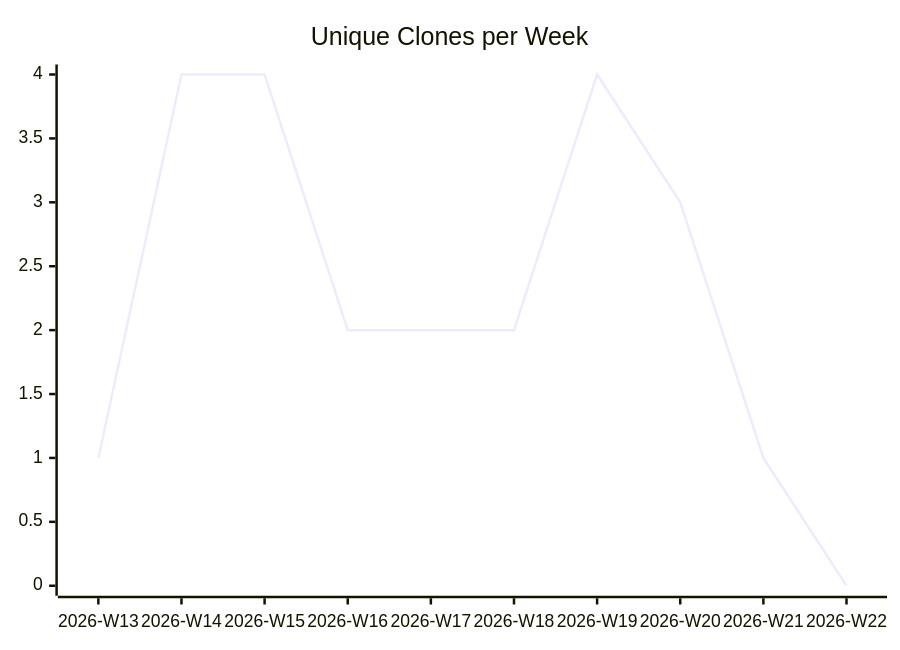
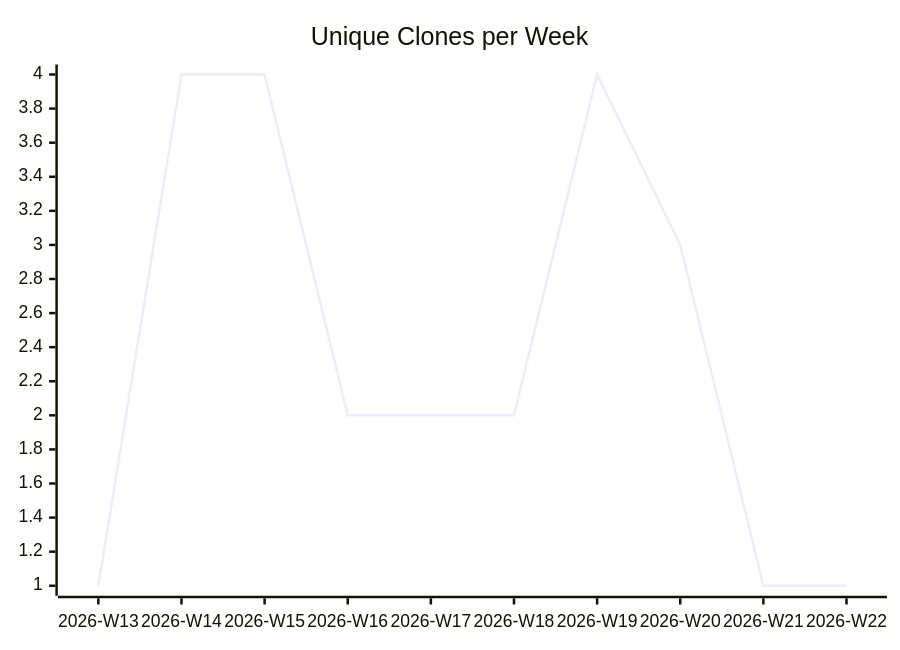
Before and after one commit to justdavis-family/github-analytics-data: the third of 3 diagrams in karlmdavis/justdavis-puppet/README.md, drawn with Mermaid. The commit also changed other lines of this file and 190 other files, not shown here.

````diff
--- a/karlmdavis/justdavis-puppet/README.md
+++ b/karlmdavis/justdavis-puppet/README.md
@@ -19,6 +19,6 @@
 ```mermaid
 xychart-beta
   title "Unique Clones per Week"
   x-axis ["2026-W13", "2026-W14", "2026-W15", "2026-W16", "2026-W17", "2026-W18", "2026-W19", "2026-W20", "2026-W21", "2026-W22"]
-  line [1, 4, 4, 2, 2, 2, 4, 3, 1, 0]
+  line [1, 4, 4, 2, 2, 2, 4, 3, 1, 1]
 ```
````
